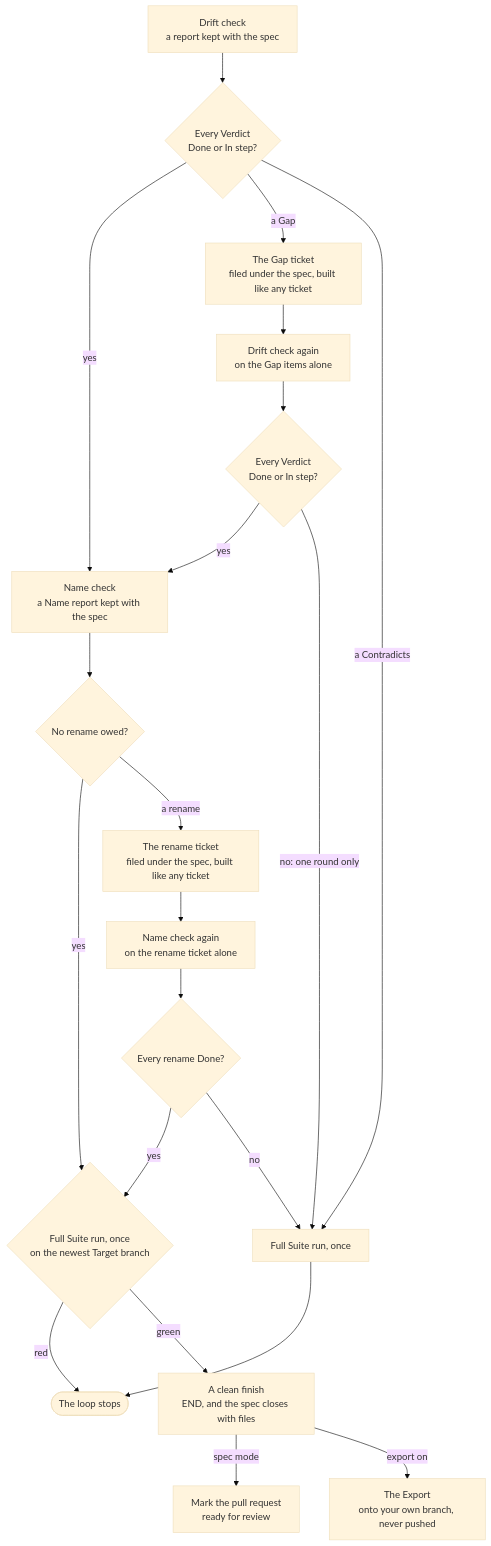
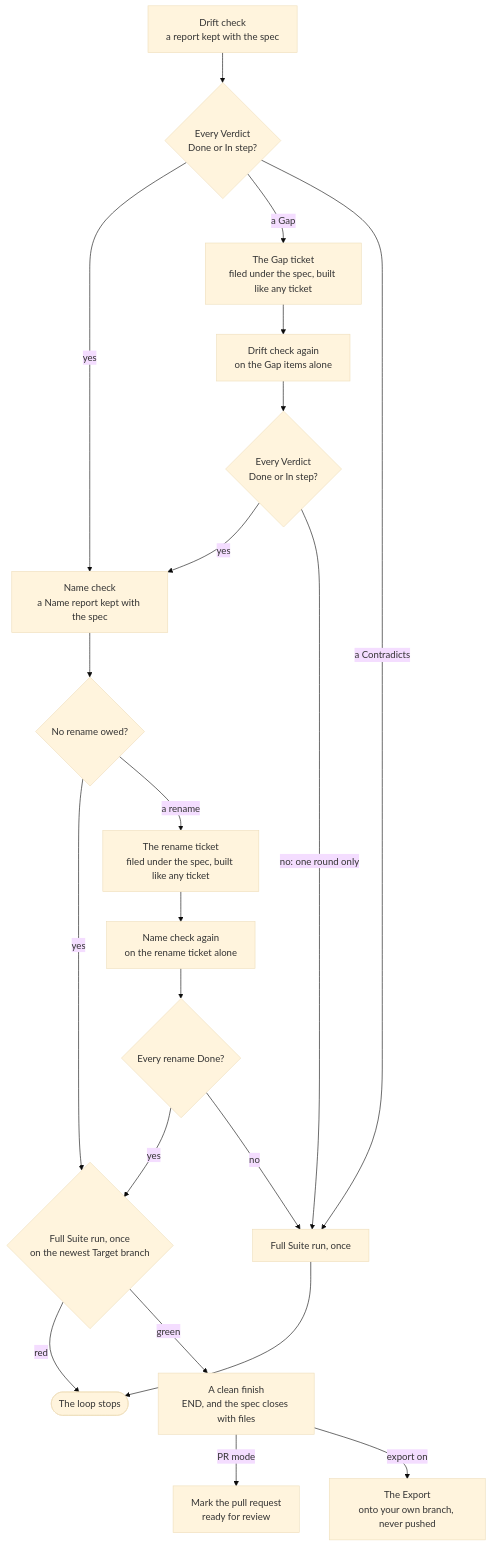
One commit to MalcolmMcNeely/skillworks changed the diagram in docs/usage/the-loop/full-run.md. Above: the diagram before and after it, drawn with Mermaid (base theme). The commit also changed other lines of this file and 43 other files, not shown here.

First line of the commit message:
PR mode replaces spec mode, and an old "target-branch": "spec" is refused

````diff
--- a/docs/usage/the-loop/full-run.md
+++ b/docs/usage/the-loop/full-run.md
@@ -31,22 +31,22 @@
 ```mermaid
 flowchart TD
     drift["Drift check<br/>a report kept with the spec"] --> count{"Every Verdict<br/>Done or In step?"}
     count -- yes --> names["Name check<br/>a Name report kept with the spec"]
     count -- "a Gap" --> gaps["The Gap ticket<br/>filed under the spec, built like any ticket"]
     gaps --> recheck["Drift check again<br/>on the Gap items alone"]
     recheck --> recount{"Every Verdict<br/>Done or In step?"}
     recount -- yes --> names
     recount -- "no: one round only" --> last
     names --> renamed{"No rename owed?"}
     renamed -- yes --> full{"Full Suite run, once<br/>on the newest Target branch"}
     renamed -- "a rename" --> renames["The rename ticket<br/>filed under the spec, built like any ticket"]
     renames --> namerecheck["Name check again<br/>on the rename ticket alone"]
     namerecheck --> made{"Every rename Done?"}
     made -- yes --> full
     made -- no --> last
     count -- "a Contradicts" --> last["Full Suite run, once"] --> stop(["The loop stops"])
     full -- red --> stop
     full -- green --> clean["A clean finish<br/>END, and the spec closes with files"]
-    clean -- "spec mode" --> ready["Mark the pull request<br/>ready for review"]
+    clean -- "PR mode" --> ready["Mark the pull request<br/>ready for review"]
     clean -- "export on" --> export["The Export<br/>onto your own branch, never pushed"]
 ```
````
